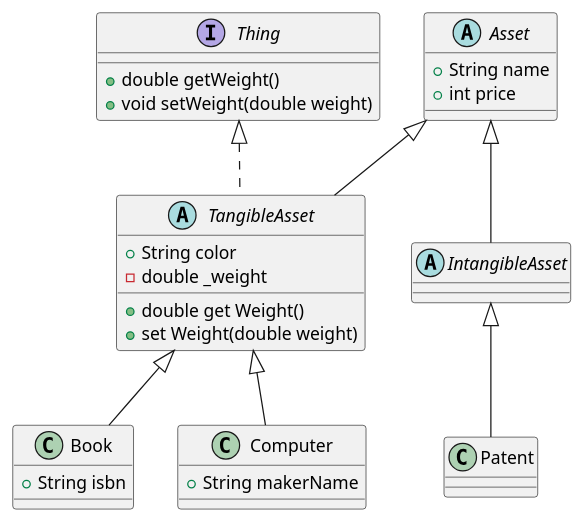
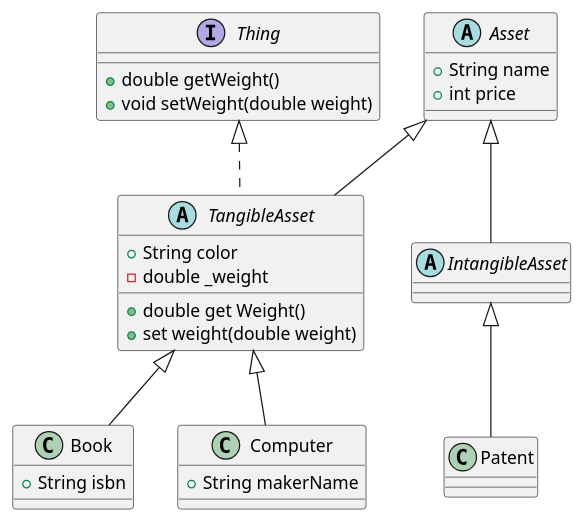
Before and after one commit to SurvivalCodingCampus/modu-3-dart-study: the diagram in assignments/2025-03-19/assets_ management_uml.wsd, drawn with PlantUML.

Commit message:
FIX: Weight -> weight 로 수정

```diff
--- a/assignments/2025-03-19/assets_ management_uml.wsd
+++ b/assignments/2025-03-19/assets_ management_uml.wsd
@@ -1,33 +1,33 @@
 @startuml AssetsManagement
 
 abstract class Asset {
     + String name
     + int price
 }
 
 interface Thing {
     + double getWeight()
     + void setWeight(double weight)
 }
 
 abstract class TangibleAsset extends Asset implements Thing {
     + String color
     - double _weight
     + double get Weight()
-    + set Weight(double weight)
+    + set weight(double weight)
 }
 
 class Book extends TangibleAsset {
     + String isbn
 }
 
 class Computer extends TangibleAsset {
     + String makerName
 }
 
 abstract class IntangibleAsset extends Asset {
 }
 
 class Patent extends IntangibleAsset{}
 
 @enduml
```
